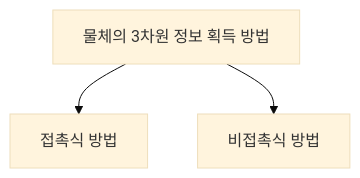
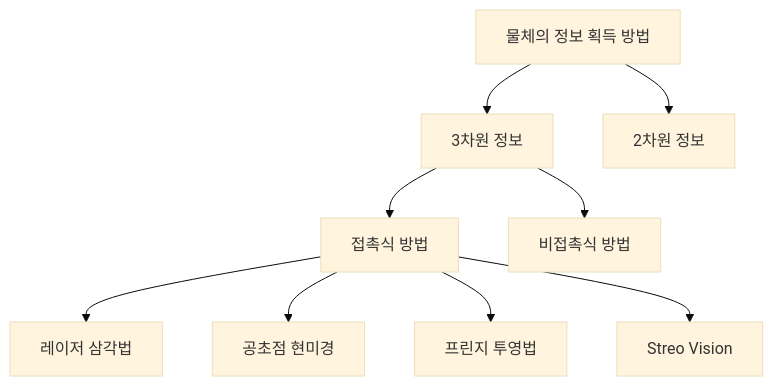
One commit to SagiK-Repository/StereoVision changed the diagram in 1. StreoVision/README.md. Above: the diagram before and after it, drawn with Mermaid (base theme).

Commit message:
Update mermaid

````diff
--- a/1. StreoVision/README.md
+++ b/1. StreoVision/README.md
@@ -16,6 +16,9 @@
 ```mermaid
 flowchart TB
-A["물체의 3차원 정보 획득 방법"]
+D["물체의 정보 획득 방법"]
+D --> A["3차원 정보"]
+D --> A_1["2차원 정보"]
 A --> B_1["접촉식 방법"] & B_2["비접촉식 방법"]
+B_1 --> C_1["레이저 삼각법"] & C_2["공초점 현미경"] & C_3["프린지 투영법"] & C_4["Streo Vision"]
 
 ```
````
